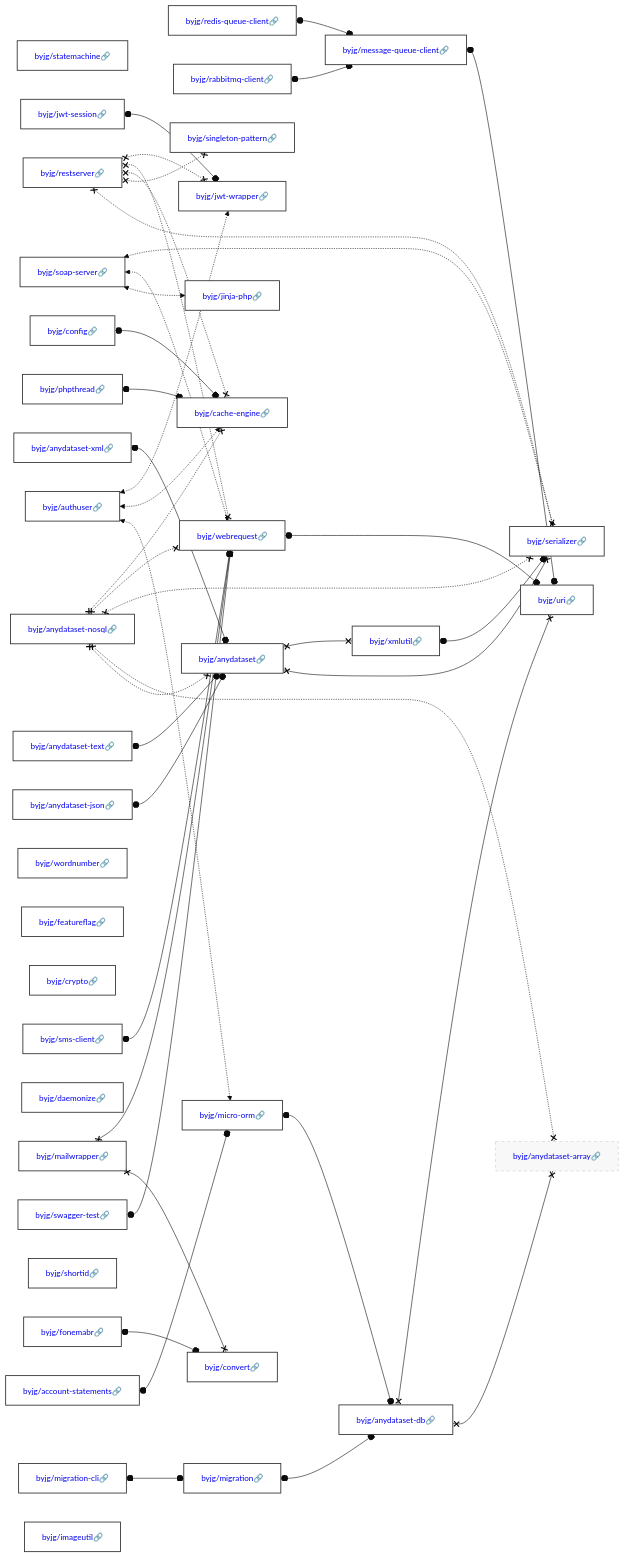
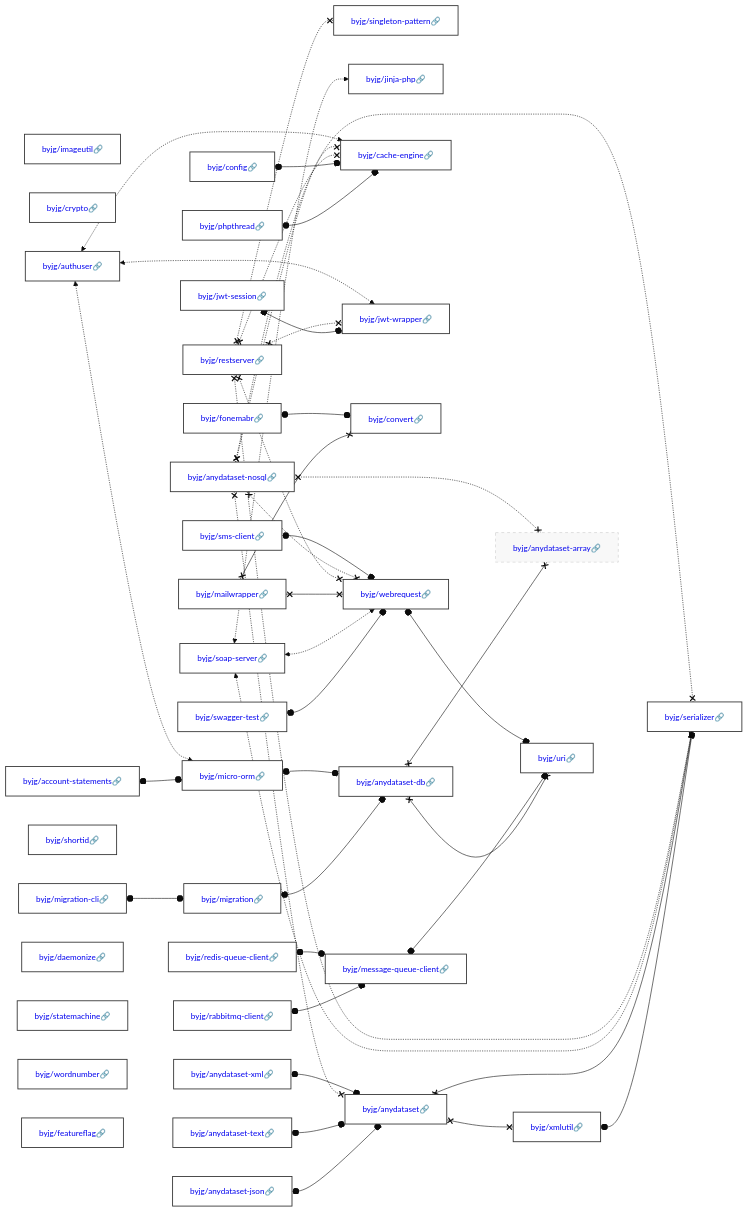
Before and after one commit to byjg/byjg.github.io: the diagram in docs/php/README.md, drawn with Mermaid (base theme). The commit also changed other lines of this file and 4 other files, not shown here.

Commit message:
Update documentation 'php' 'php-anydataset-json'

````diff
--- a/docs/php/README.md
+++ b/docs/php/README.md
@@ -3,40 +3,40 @@
 ```mermaid
 graph LR;
+  byjg/imageutil[<a href='https://opensource.byjg.com/docs/php/imageutil' style='text-decoration:none'>byjg/imageutil🔗</a>];
+  byjg/config[<a href='https://opensource.byjg.com/docs/php/config' style='text-decoration:none'>byjg/config🔗</a>];
+  byjg/anydataset-nosql[<a href='https://opensource.byjg.com/docs/php/anydataset-nosql' style='text-decoration:none'>byjg/anydataset-nosql🔗</a>];
+  byjg/sms-client[<a href='https://opensource.byjg.com/docs/php/sms-client' style='text-decoration:none'>byjg/sms-client🔗</a>];
+  byjg/anydataset-xml[<a href='https://opensource.byjg.com/docs/php/anydataset-xml' style='text-decoration:none'>byjg/anydataset-xml🔗</a>];
+  byjg/crypto[<a href='https://opensource.byjg.com/docs/php/crypto' style='text-decoration:none'>byjg/crypto🔗</a>];
+  byjg/restserver[<a href='https://opensource.byjg.com/docs/php/restserver' style='text-decoration:none'>byjg/restserver🔗</a>];
+  byjg/soap-server[<a href='https://opensource.byjg.com/docs/php/soap-server' style='text-decoration:none'>byjg/soap-server🔗</a>];
+  byjg/redis-queue-client[<a href='https://opensource.byjg.com/docs/php/redis-queue-client' style='text-decoration:none'>byjg/redis-queue-client🔗</a>];
+  byjg/phpthread[<a href='https://opensource.byjg.com/docs/php/phpthread' style='text-decoration:none'>byjg/phpthread🔗</a>];
+  byjg/jwt-session[<a href='https://opensource.byjg.com/docs/php/jwt-session' style='text-decoration:none'>byjg/jwt-session🔗</a>];
+  byjg/account-statements[<a href='https://opensource.byjg.com/docs/php/account-statements' style='text-decoration:none'>byjg/account-statements🔗</a>];
+  byjg/anydataset-text[<a href='https://opensource.byjg.com/docs/php/anydataset-text' style='text-decoration:none'>byjg/anydataset-text🔗</a>];
+  byjg/rabbitmq-client[<a href='https://opensource.byjg.com/docs/php/rabbitmq-client' style='text-decoration:none'>byjg/rabbitmq-client🔗</a>];
+  byjg/migration-cli[<a href='https://opensource.byjg.com/docs/php/migration-cli' style='text-decoration:none'>byjg/migration-cli🔗</a>];
+  byjg/fonemabr[<a href='https://opensource.byjg.com/docs/php/fonemabr' style='text-decoration:none'>byjg/fonemabr🔗</a>];
+  byjg/shortid[<a href='https://opensource.byjg.com/docs/php/shortid' style='text-decoration:none'>byjg/shortid🔗</a>];
+  byjg/authuser[<a href='https://opensource.byjg.com/docs/php/authuser' style='text-decoration:none'>byjg/authuser🔗</a>];
+  byjg/daemonize[<a href='https://opensource.byjg.com/docs/php/daemonize' style='text-decoration:none'>byjg/daemonize🔗</a>];
+  byjg/mailwrapper[<a href='https://opensource.byjg.com/docs/php/mailwrapper' style='text-decoration:none'>byjg/mailwrapper🔗</a>];
+  byjg/anydataset-json[<a href='https://opensource.byjg.com/docs/php/anydataset-json' style='text-decoration:none'>byjg/anydataset-json🔗</a>];
   byjg/statemachine[<a href='https://opensource.byjg.com/docs/php/statemachine' style='text-decoration:none'>byjg/statemachine🔗</a>];
-  byjg/restserver[<a href='https://opensource.byjg.com/docs/php/restserver' style='text-decoration:none'>byjg/restserver🔗</a>];
-  byjg/account-statements[<a href='https://opensource.byjg.com/docs/php/account-statements' style='text-decoration:none'>byjg/account-statements🔗</a>];
-  byjg/soap-server[<a href='https://opensource.byjg.com/docs/php/soap-server' style='text-decoration:none'>byjg/soap-server🔗</a>];
-  byjg/jwt-session[<a href='https://opensource.byjg.com/docs/php/jwt-session' style='text-decoration:none'>byjg/jwt-session🔗</a>];
-  byjg/swagger-test[<a href='https://opensource.byjg.com/docs/php/swagger-test' style='text-decoration:none'>byjg/swagger-test🔗</a>];
-  byjg/authuser[<a href='https://opensource.byjg.com/docs/php/authuser' style='text-decoration:none'>byjg/authuser🔗</a>];
-  byjg/mailwrapper[<a href='https://opensource.byjg.com/docs/php/mailwrapper' style='text-decoration:none'>byjg/mailwrapper🔗</a>];
-  byjg/config[<a href='https://opensource.byjg.com/docs/php/config' style='text-decoration:none'>byjg/config🔗</a>];
-  byjg/phpthread[<a href='https://opensource.byjg.com/docs/php/phpthread' style='text-decoration:none'>byjg/phpthread🔗</a>];
-  byjg/anydataset-json[<a href='https://opensource.byjg.com/docs/php/anydataset-json' style='text-decoration:none'>byjg/anydataset-json🔗</a>];
   byjg/wordnumber[<a href='https://opensource.byjg.com/docs/php/wordnumber' style='text-decoration:none'>byjg/wordnumber🔗</a>];
   byjg/featureflag[<a href='https://opensource.byjg.com/docs/php/featureflag' style='text-decoration:none'>byjg/featureflag🔗</a>];
-  byjg/crypto[<a href='https://opensource.byjg.com/docs/php/crypto' style='text-decoration:none'>byjg/crypto🔗</a>];
-  byjg/redis-queue-client[<a href='https://opensource.byjg.com/docs/php/redis-queue-client' style='text-decoration:none'>byjg/redis-queue-client🔗</a>];
-  byjg/anydataset-nosql[<a href='https://opensource.byjg.com/docs/php/anydataset-nosql' style='text-decoration:none'>byjg/anydataset-nosql🔗</a>];
-  byjg/daemonize[<a href='https://opensource.byjg.com/docs/php/daemonize' style='text-decoration:none'>byjg/daemonize🔗</a>];
-  byjg/migration-cli[<a href='https://opensource.byjg.com/docs/php/migration-cli' style='text-decoration:none'>byjg/migration-cli🔗</a>];
-  byjg/anydataset-xml[<a href='https://opensource.byjg.com/docs/php/anydataset-xml' style='text-decoration:none'>byjg/anydataset-xml🔗</a>];
-  byjg/shortid[<a href='https://opensource.byjg.com/docs/php/shortid' style='text-decoration:none'>byjg/shortid🔗</a>];
-  byjg/anydataset-text[<a href='https://opensource.byjg.com/docs/php/anydataset-text' style='text-decoration:none'>byjg/anydataset-text🔗</a>];
-  byjg/fonemabr[<a href='https://opensource.byjg.com/docs/php/fonemabr' style='text-decoration:none'>byjg/fonemabr🔗</a>];
-  byjg/sms-client[<a href='https://opensource.byjg.com/docs/php/sms-client' style='text-decoration:none'>byjg/sms-client🔗</a>];
-  byjg/imageutil[<a href='https://opensource.byjg.com/docs/php/imageutil' style='text-decoration:none'>byjg/imageutil🔗</a>];
-  byjg/rabbitmq-client[<a href='https://opensource.byjg.com/docs/php/rabbitmq-client' style='text-decoration:none'>byjg/rabbitmq-client🔗</a>];
+  byjg/swagger-test[<a href='https://opensource.byjg.com/docs/php/swagger-test' style='text-decoration:none'>byjg/swagger-test🔗</a>];
   byjg/singleton-pattern[<a href='https://opensource.byjg.com/docs/php/singleton-pattern' style='text-decoration:none'>byjg/singleton-pattern🔗</a>];
   byjg/jinja-php[<a href='https://opensource.byjg.com/docs/php/jinja-php' style='text-decoration:none'>byjg/jinja-php🔗</a>];
+  byjg/message-queue-client[<a href='https://opensource.byjg.com/docs/php/message-queue-client' style='text-decoration:none'>byjg/message-queue-client🔗</a>];
+  byjg/migration[<a href='https://opensource.byjg.com/docs/php/migration' style='text-decoration:none'>byjg/migration🔗</a>];
   byjg/micro-orm[<a href='https://opensource.byjg.com/docs/php/micro-orm' style='text-decoration:none'>byjg/micro-orm🔗</a>];
+  byjg/cache-engine[<a href='https://opensource.byjg.com/docs/php/cache-engine' style='text-decoration:none'>byjg/cache-engine🔗</a>];
   byjg/jwt-wrapper[<a href='https://opensource.byjg.com/docs/php/jwt-wrapper' style='text-decoration:none'>byjg/jwt-wrapper🔗</a>];
-  byjg/cache-engine[<a href='https://opensource.byjg.com/docs/php/cache-engine' style='text-decoration:none'>byjg/cache-engine🔗</a>];
-  byjg/migration[<a href='https://opensource.byjg.com/docs/php/migration' style='text-decoration:none'>byjg/migration🔗</a>];
+  byjg/convert[<a href='https://opensource.byjg.com/docs/php/convert' style='text-decoration:none'>byjg/convert🔗</a>];
   byjg/anydataset[<a href='https://opensource.byjg.com/docs/php/anydataset' style='text-decoration:none'>byjg/anydataset🔗</a>];
-  byjg/convert[<a href='https://opensource.byjg.com/docs/php/convert' style='text-decoration:none'>byjg/convert🔗</a>];
   byjg/webrequest[<a href='https://opensource.byjg.com/docs/php/webrequest' style='text-decoration:none'>byjg/webrequest🔗</a>];
-  byjg/message-queue-client[<a href='https://opensource.byjg.com/docs/php/message-queue-client' style='text-decoration:none'>byjg/message-queue-client🔗</a>];
   byjg/anydataset-db[<a href='https://opensource.byjg.com/docs/php/anydataset-db' style='text-decoration:none'>byjg/anydataset-db🔗</a>];
   byjg/xmlutil[<a href='https://opensource.byjg.com/docs/php/xmlutil' style='text-decoration:none'>byjg/xmlutil🔗</a>];
   byjg/anydataset-array[<a href='https://opensource.byjg.com/docs/php/anydataset-array' style='text-decoration:none'>byjg/anydataset-array🔗</a>];
````
